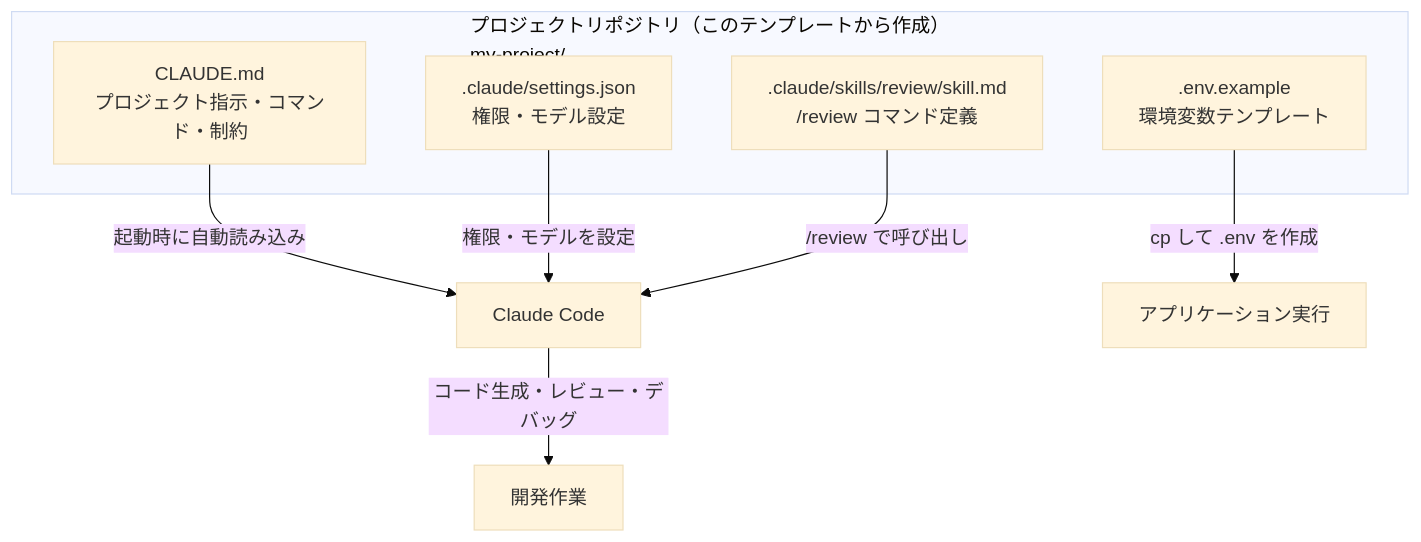
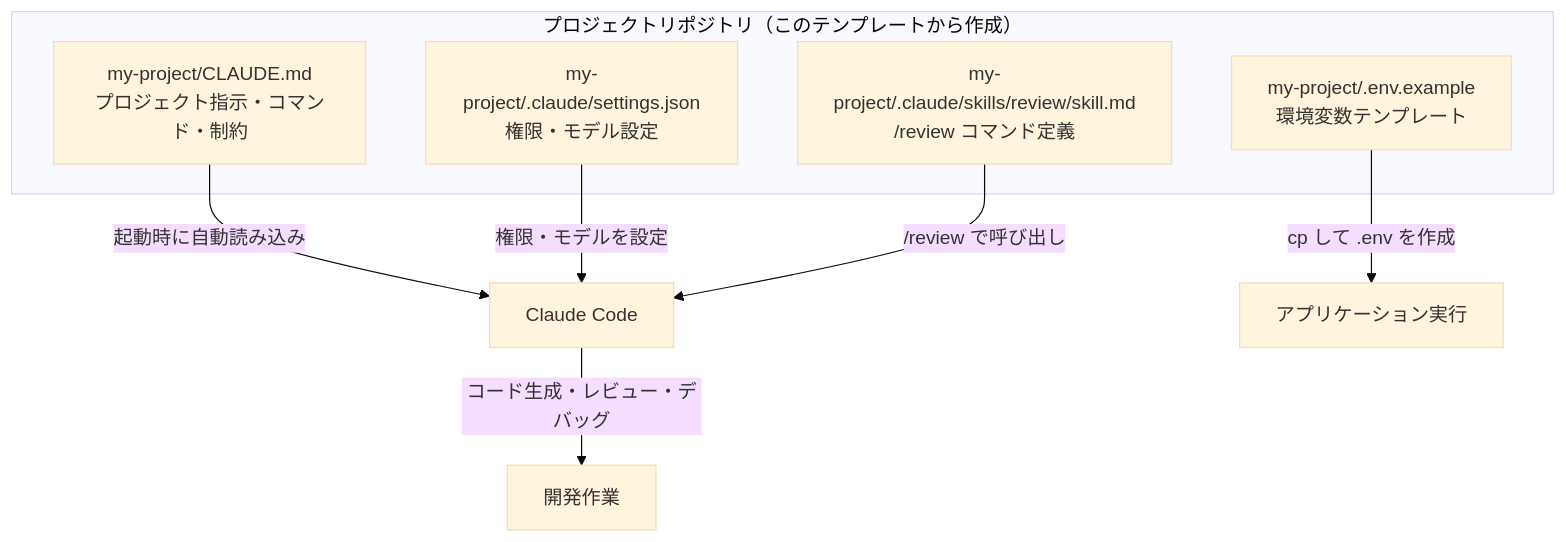
One commit to zabaot/claude-project-template changed the first of 7 diagrams in README.md. Above: the diagram before and after it, drawn with Mermaid (base theme). The commit also changed other lines of this file, not shown here.

Commit message:
Fix Mermaid node paths: show full paths in nodes, remove truncated subgraph subtitles

````diff
--- a/README.md
+++ b/README.md
@@ -35,15 +35,15 @@
 ```mermaid
 graph TD
-    subgraph template["プロジェクトリポジトリ（このテンプレートから作成）\nmy-project/"]
-        CM["CLAUDE.md\nプロジェクト指示・コマンド・制約"]
-        ST[".claude/settings.json\n権限・モデル設定"]
-        SK[".claude/skills/review/skill.md\n/review コマンド定義"]
-        EX[".env.example\n環境変数テンプレート"]
+    subgraph template["プロジェクトリポジトリ（このテンプレートから作成）"]
+        CM["my-project/CLAUDE.md\nプロジェクト指示・コマンド・制約"]
+        ST["my-project/.claude/settings.json\n権限・モデル設定"]
+        SK["my-project/.claude/skills/review/skill.md\n/review コマンド定義"]
+        EX["my-project/.env.example\n環境変数テンプレート"]
     end
 
     CM -->|"起動時に自動読み込み"| CC["Claude Code"]
     ST -->|"権限・モデルを設定"| CC
     SK -->|"/review で呼び出し"| CC
     EX -->|"cp して .env を作成"| APP["アプリケーション実行"]
     CC -->|"コード生成・レビュー・デバッグ"| DEV["開発作業"]
 ```
````
